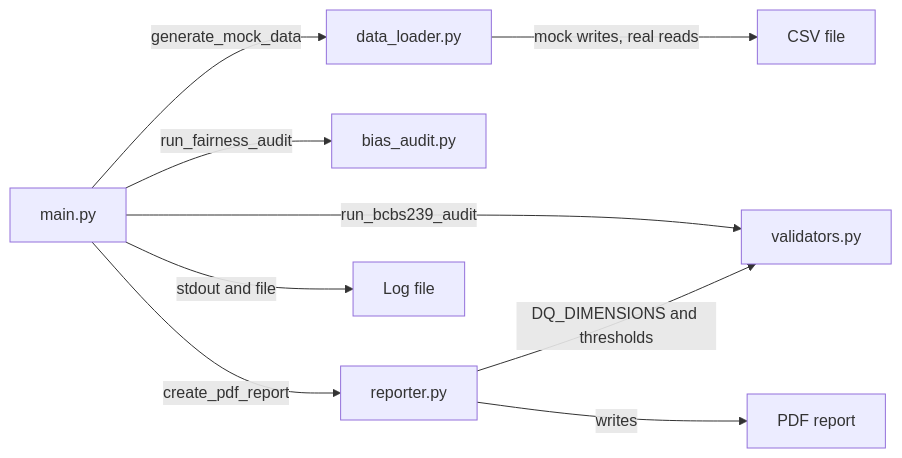
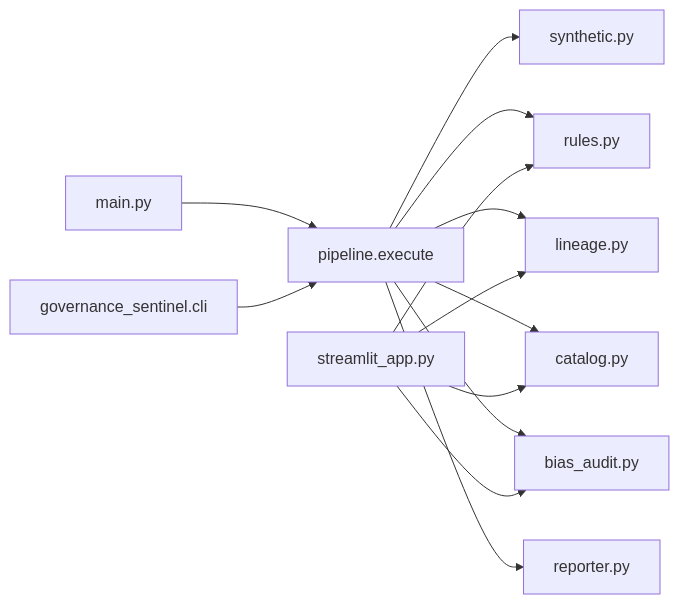
One commit to delens/Governance-Sentinel changed the first of 2 diagrams in docs/architecture.md. Above: the diagram before and after it, drawn with Mermaid. The commit also changed other lines of this file and 43 other files, not shown here.

First line of the commit message:
Turn Governance-Sentinel into a portfolio risk-data audit (#3)

````diff
--- a/docs/architecture.md
+++ b/docs/architecture.md
@@ -7,20 +7,26 @@
 ```mermaid
 flowchart LR
   mainPy["main.py"]
-  dataLoader["data_loader.py"]
-  validatorsPy["validators.py"]
+  cli["governance_sentinel.cli"]
+  pipeline["pipeline.execute"]
+  synthetic["synthetic.py"]
+  rulesPy["rules.py"]
+  lineagePy["lineage.py"]
+  catalogPy["catalog.py"]
   biasPy["bias_audit.py"]
   reporterPy["reporter.py"]
-  csvFile["CSV file"]
-  pdfFile["PDF report"]
-  logFile["Log file"]
+  app["streamlit_app.py"]
 
-  mainPy -->|"generate_mock_data"| dataLoader
-  mainPy -->|"run_bcbs239_audit"| validatorsPy
-  mainPy -->|"run_fairness_audit"| biasPy
-  mainPy -->|"create_pdf_report"| reporterPy
-  reporterPy -->|"DQ_DIMENSIONS and thresholds"| validatorsPy
-  dataLoader -->|"mock writes, real reads"| csvFile
-  reporterPy -->|"writes"| pdfFile
-  mainPy -->|"stdout and file"| logFile
+  mainPy --> pipeline
+  cli --> pipeline
+  pipeline --> synthetic
+  pipeline --> rulesPy
+  pipeline --> lineagePy
+  pipeline --> catalogPy
+  pipeline --> biasPy
+  pipeline --> reporterPy
+  app --> rulesPy
+  app --> lineagePy
+  app --> catalogPy
+  app --> biasPy
 ```
````
